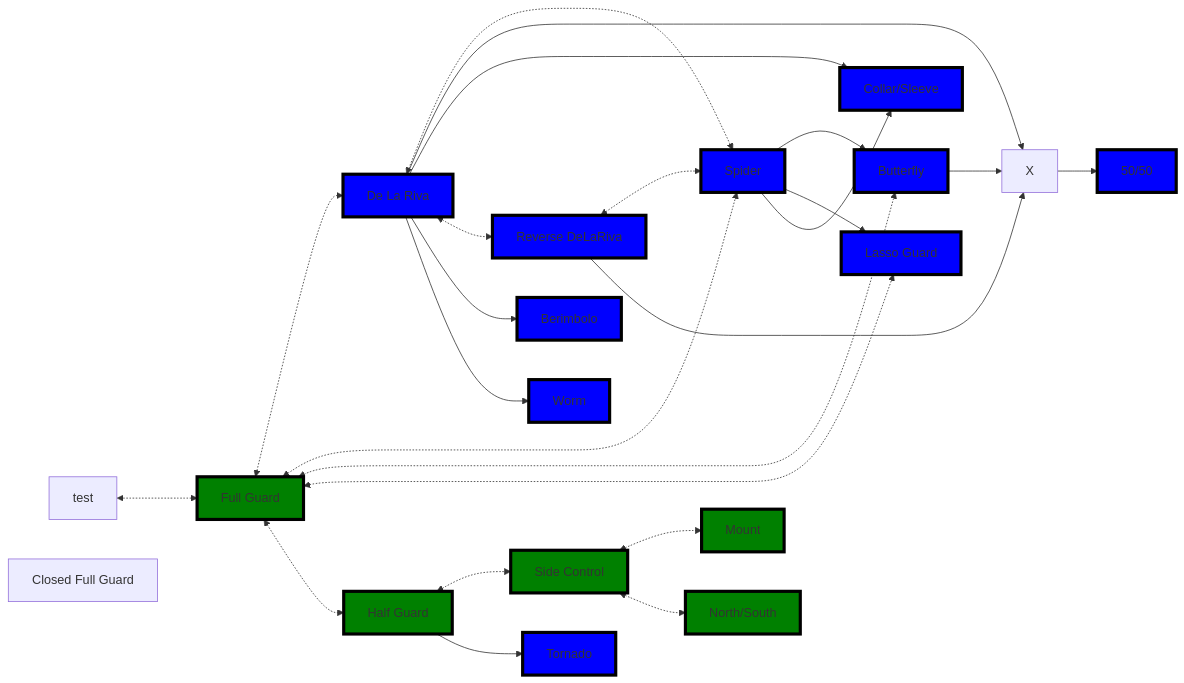
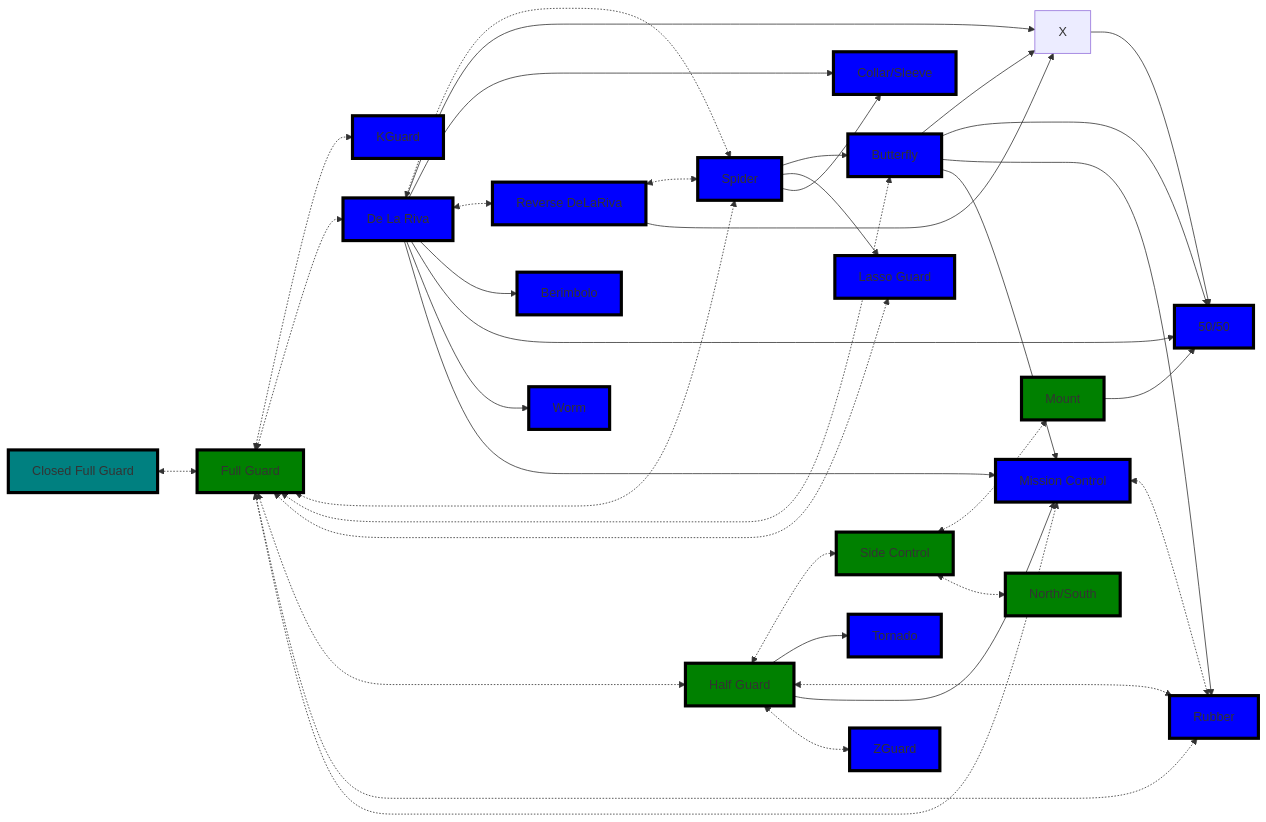
One commit to jacgit18/DevHiveMind changed the second of 2 diagrams in _Fitness/MMA/Real World BJJ Flows.md. Above: the diagram before and after it, drawn with Mermaid. The commit also changed other lines of this file and 1 other file, not shown here.

Commit message:
M "_Fitness/MMA/Guards Directory.md"  M "_Fitness/MMA/Real World BJJ Flows.md"

````diff
--- a/_Fitness/MMA/Real World BJJ Flows.md
+++ b/_Fitness/MMA/Real World BJJ Flows.md
@@ -111,6 +111,6 @@
 ``` mermaid
 flowchart LR
-    Closed[Closed Full Guard] 
+	Closed[Closed Full Guard] 
     A[Full Guard] 
     B[De La Riva] 
     C[Spider]
@@ -127,33 +127,52 @@
 	N[50/50]
 	O[Worm]
 	P[Tornado]
+	Q[Rubber]
+	R[Mission Control]
+	Z[ZGuard]
+	KGuard[KGuard]
 
-	1[test]
 
+	Closed <-.-> A
+	A <-.-> KGuard
     A <-.-> B
     A <-.-> C
     A <-.-> D
     A <-.-> E
     A <-.-> H
+    A <-.-> Q
+    A <-.-> R
     B <-.-> C
     B --> F
     B --> G
     B <-.-> L
     B --> M
+    B --> N
     B --> O
+    B --> R
     C --> D
     C --> E
     C --> G
 	D --> F
+	D --> N
+	D --> Q
+	D --> R
 	F --> N
 	H <-.-> I
 	H --> P
+	H <-.-> Q 
+	H --> R
+	H <-.-> Z
 	I <-.-> J
+	J --> N
 	L <-.-> C
 	L --> F
 	I <-.-> K
+	R <-.-> Q 
 
-    1 <-.-> A
+style Closed fill:teal,stroke:black,stroke-width:4px,shadow:shadow
+
+style KGuard fill:blue,stroke:black,stroke-width:4px,shadow:shadow
 
 style A fill:green,stroke:black,stroke-width:4px,shadow:shadow
 
@@ -184,4 +203,12 @@
 style O fill:blue,stroke:black,stroke-width:4px,shadow:shadow
 
 style P fill:blue,stroke:black,stroke-width:4px,shadow:shadow
+
+style Q fill:blue,stroke:black,stroke-width:4px,shadow:shadow
+
+style R fill:blue,stroke:black,stroke-width:4px,shadow:shadow
+
+style Z fill:blue,stroke:black,stroke-width:4px,shadow:shadow
+
+
 ```
````
